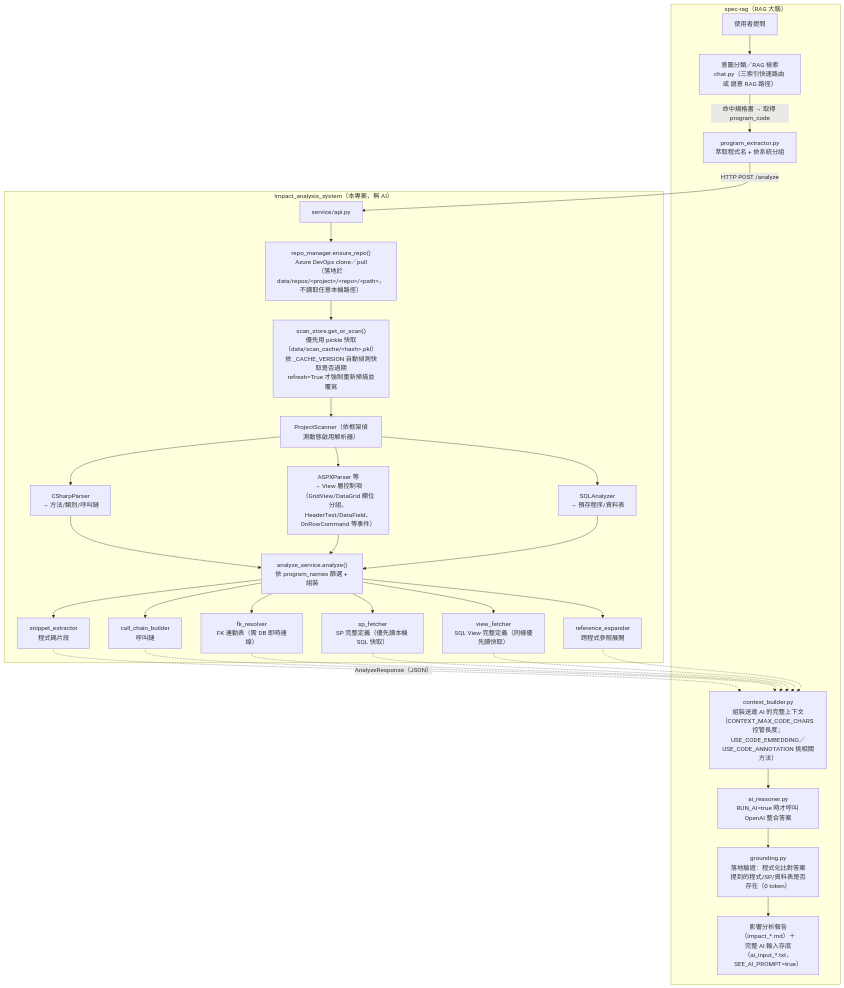
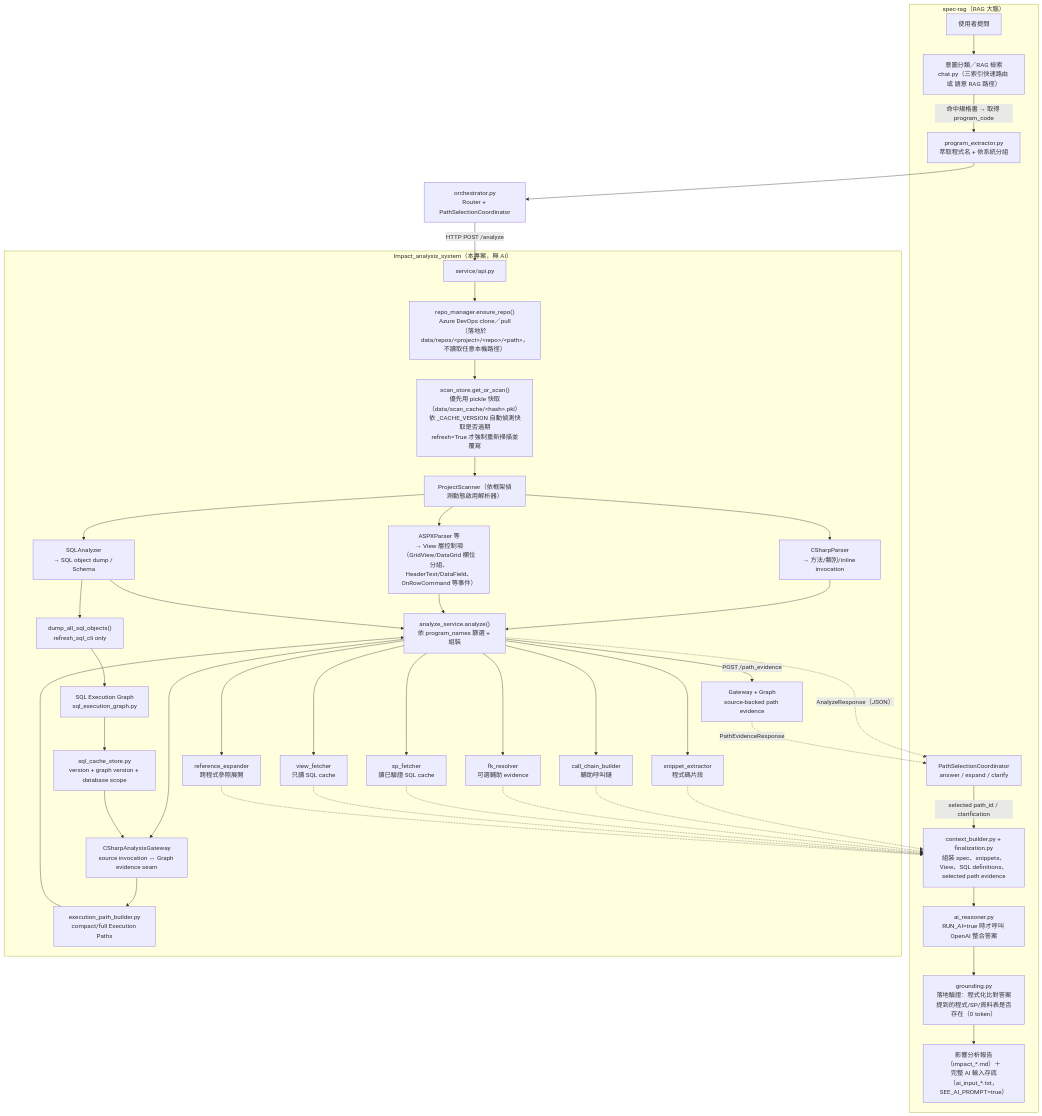
The diagram in docs/使用說明書.md (vy088772/Impact_analysis_system), drawn with Mermaid before and after one commit. The commit also changed other lines of this file and 12 other files, not shown here.

````diff
--- a/docs/使用說明書.md
+++ b/docs/使用說明書.md
@@ -77,42 +94,55 @@
 ```mermaid
 flowchart TD
     U["使用者提問"] --> Intent["意圖分類／RAG 檢索<br/>chat.py（三索引快速路由 或 語意 RAG 路徑）"]
     Intent -->|"命中規格書 → 取得 program_code"| Extract["program_extractor.py<br/>萃取程式名 + 依系統分組"]
-    Extract -->|"HTTP POST /analyze"| Api["service/api.py"]
+    Extract --> Orch["orchestrator.py<br/>Router + PathSelectionCoordinator"]
+    Orch -->|"HTTP POST /analyze"| Api["service/api.py"]
 
     subgraph RAG["spec-rag（RAG 大腦）"]
         U
         Intent
         Extract
-        Ctx["context_builder.py<br/>組裝送進 AI 的完整上下文<br/>（CONTEXT_MAX_CODE_CHARS 控管長度；<br/>USE_CODE_EMBEDDING／USE_CODE_ANNOTATION 挑相關方法）"]
+        Select["PathSelectionCoordinator<br/>answer / expand / clarify"]
+        Ctx["context_builder.py + finalization.py<br/>組裝 spec、snippets、View、SQL definitions、selected path evidence"]
         AI["ai_reasoner.py<br/>RUN_AI=true 時才呼叫 OpenAI 整合答案"]
         Ground["grounding.py<br/>落地驗證：程式化比對答案提到的程式/SP/資料表是否存在（0 token）"]
         Out["影響分析報告（impact_*.md）＋<br/>完整 AI 輸入存底（ai_input_*.txt，SEE_AI_PROMPT=true）"]
+        Select -->|"selected path_id / clarification"| Ctx
         Ctx --> AI --> Ground --> Out
     end
 
     subgraph Impact["Impact_analysis_system（本專案，無 AI）"]
         Api --> Repo["repo_manager.ensure_repo()<br/>Azure DevOps clone／pull<br/>（落地於 data/repos/&lt;project&gt;/&lt;repo&gt;/&lt;path&gt;，<br/>不讀取任意本機路徑）"]
         Repo --> Scan["scan_store.get_or_scan()<br/>優先用 pickle 快取（data/scan_cache/&lt;hash&gt;.pkl）<br/>依 _CACHE_VERSION 自動偵測快取是否過期<br/>refresh=True 才強制重新掃描並覆寫"]
         Scan --> Parser["ProjectScanner（依框架偵測動態啟用解析器）"]
-        Parser --> CS["CSharpParser<br/>→ 方法/類別/呼叫鏈"]
+        Parser --> CS["CSharpParser<br/>→ 方法/類別/inline invocation"]
         Parser --> ASPX["ASPXParser 等<br/>→ View 層控制項<br/>（GridView/DataGrid 欄位分組、<br/>HeaderText/DataField、OnRowCommand 等事件）"]
-        Parser --> SQL["SQLAnalyzer<br/>→ 預存程序/資料表"]
+        Parser --> SQL["SQLAnalyzer<br/>→ SQL object dump / Schema"]
         CS --> Svc["analyze_service.analyze()<br/>依 program_names 篩選 + 組裝"]
         ASPX --> Svc
         SQL --> Svc
+        Svc --> Gateway["CSharpAnalysisGateway<br/>source invocation ↔ Graph evidence seam"]
+        SQL --> Dump["dump_all_sql_objects()<br/>refresh_sql_cli only"]
+        Dump --> Graph["SQL Execution Graph<br/>sql_execution_graph.py"]
+        Graph --> GraphCache["sql_cache_store.py<br/>version + graph version + database scope"]
+        GraphCache --> Gateway
+        Gateway --> Paths["execution_path_builder.py<br/>compact/full Execution Paths"]
+        Paths --> Svc
         Svc --> Snip["snippet_extractor<br/>程式碼片段"]
-        Svc --> Chain["call_chain_builder<br/>呼叫鏈"]
-        Svc --> FK["fk_resolver<br/>FK 連動表（需 DB 即時連線）"]
-        Svc --> SP["sp_fetcher<br/>SP 完整定義（優先讀本機 SQL 快取）"]
-        Svc --> VF["view_fetcher<br/>SQL View 完整定義（同樣優先讀快取）"]
+        Svc --> Chain["call_chain_builder<br/>輔助呼叫鏈"]
+        Svc --> FK["fk_resolver<br/>可選輔助 evidence"]
+        Svc --> SP["sp_fetcher<br/>讀已驗證 SQL cache"]
+        Svc --> VF["view_fetcher<br/>只讀 SQL cache"]
         Svc --> RE["reference_expander<br/>跨程式參照展開"]
+        Svc -->|"POST /path_evidence"| PathApi["Gateway + Graph<br/>source-backed path evidence"]
     end
 
-    Snip -.->|"AnalyzeResponse（JSON）"| Ctx
+    Svc -.->|"AnalyzeResponse（JSON）"| Select
+    PathApi -.->|"PathEvidenceResponse"| Select
+    Snip -.-> Ctx
     Chain -.-> Ctx
     FK -.-> Ctx
     SP -.-> Ctx
     VF -.-> Ctx
     RE -.-> Ctx
 ```
````
